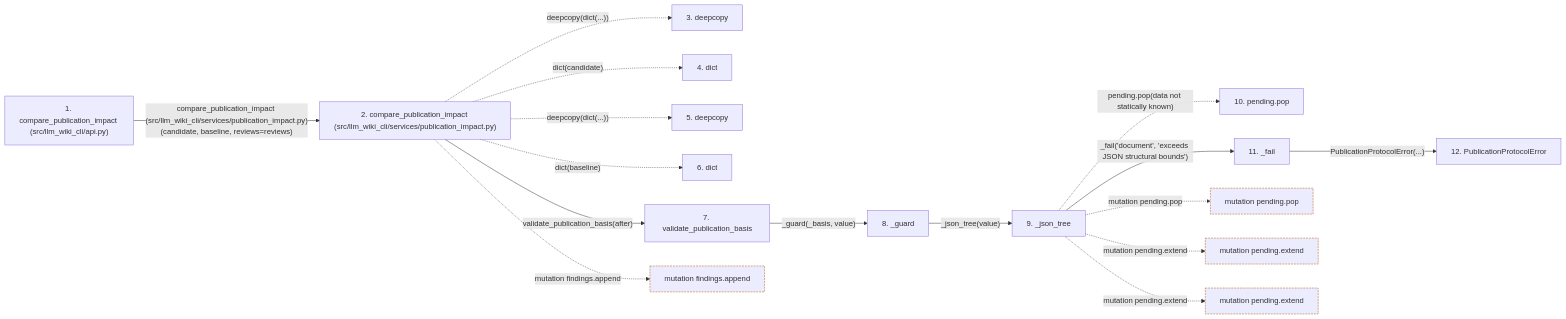
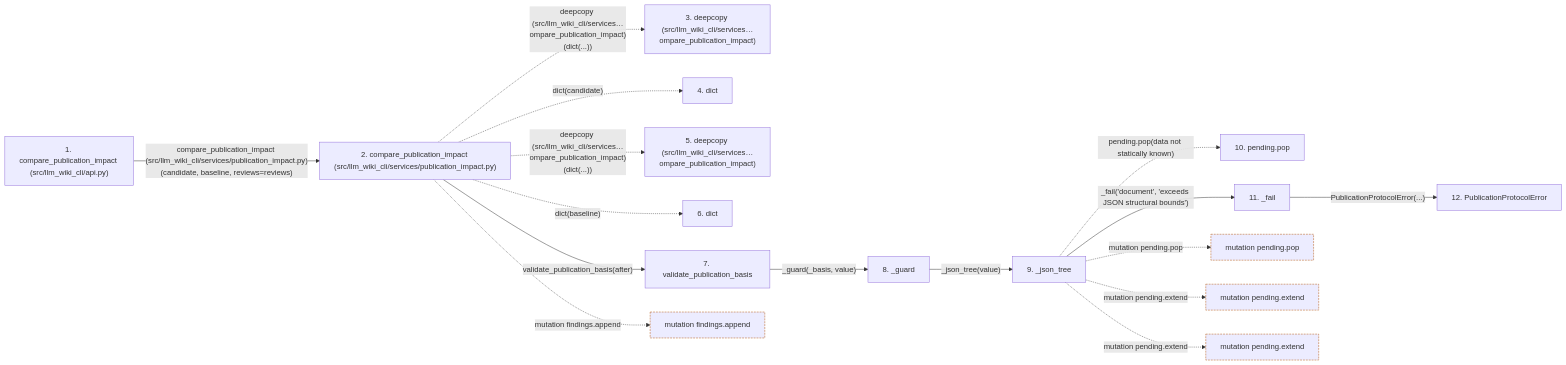
Before and after one commit to Denissvgn/python-wiki-llm: the second of 2 diagrams in docs/llm_wiki/flows/api-compare_publication_impact.md, drawn with Mermaid. The commit also changed other lines of this file and 468 other files, not shown here.

Commit message:
feat: add stable CLI reference data to wiki review

````diff
--- a/docs/llm_wiki/flows/api-compare_publication_impact.md
+++ b/docs/llm_wiki/flows/api-compare_publication_impact.md
@@ -122,46 +133,46 @@
 ```mermaid
 flowchart LR
     s1["1. compare_publication_impact (src/llm_wiki_cli/api.py)"]
     s2["2. compare_publication_impact (src/llm_wiki_cli/services/publication_impact.py)"]
-    s3["3. deepcopy"]
+    s3["3. deepcopy (src/llm_wiki_cli/services…ompare_publication_impact)"]
     s4["4. dict"]
-    s5["5. deepcopy"]
+    s5["5. deepcopy (src/llm_wiki_cli/services…ompare_publication_impact)"]
     s6["6. dict"]
     s7["7. validate_publication_basis"]
     s8["8. _guard"]
     s9["9. _json_tree"]
     s10["10. pending.pop"]
     s11["11. _fail"]
     s12["12. PublicationProtocolError"]
     s1 -->|"compare_publication_impact (src/llm_wiki_cli/services/publication_impact.py)(candidate, baseline, reviews=reviews)"| s2
-    s2 -. "deepcopy(dict(...))" .-> s3
+    s2 -. "deepcopy (src/llm_wiki_cli/services…ompare_publication_impact)(dict(...))" .-> s3
     s2 -. "dict(candidate)" .-> s4
-    s2 -. "deepcopy(dict(...))" .-> s5
+    s2 -. "deepcopy (src/llm_wiki_cli/services…ompare_publication_impact)(dict(...))" .-> s5
     s2 -. "dict(baseline)" .-> s6
     s2 -->|"validate_publication_basis(after)"| s7
     s7 -->|"_guard(_basis, value)"| s8
     s8 -->|"_json_tree(value)"| s9
     s9 -. "pending.pop(data not statically known)" .-> s10
     s9 -->|"_fail('document', 'exceeds JSON structural bounds')"| s11
     s11 -->|"PublicationProtocolError(...)"| s12
     b0["mutation findings.append"]
     s2 -. "mutation findings.append" .-> b0
     b1["mutation pending.pop"]
     s9 -. "mutation pending.pop" .-> b1
     b2["mutation pending.extend"]
     s9 -. "mutation pending.extend" .-> b2
     b3["mutation pending.extend"]
     s9 -. "mutation pending.extend" .-> b3
     click s1 "../modules/api.md"
     click s2 "../modules/publication_impact.md"
     click s7 "../modules/publication_contracts.md"
     click s8 "../modules/publication_contracts.md"
     click s9 "../modules/publication_contracts.md"
     click s11 "../modules/publication_contracts.md"
     click s12 "../modules/publication_contracts.md"
     classDef boundary stroke:#b45309,stroke-dasharray: 4 2
     class b0 boundary
     class b1 boundary
     class b2 boundary
     class b3 boundary
 ```
````
